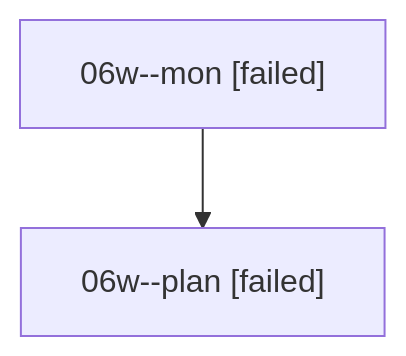
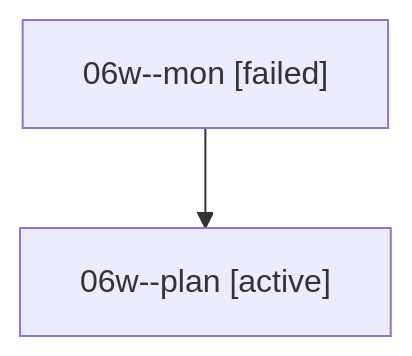
The diagram in families/bbugyi200.athena.06w.md (sase-org/sase--agents), drawn with Mermaid before and after one commit. The commit also changed other lines of this file and 35830 other files, not shown here.

````diff
--- a/families/bbugyi200.athena.06w.md
+++ b/families/bbugyi200.athena.06w.md
@@ -9,6 +9,6 @@
 ```mermaid
 flowchart TD
   n0["06w--mon [failed]"]
-  n1["06w--plan [failed]"]
+  n1["06w--plan [active]"]
   n0 --> n1
 ```
````
